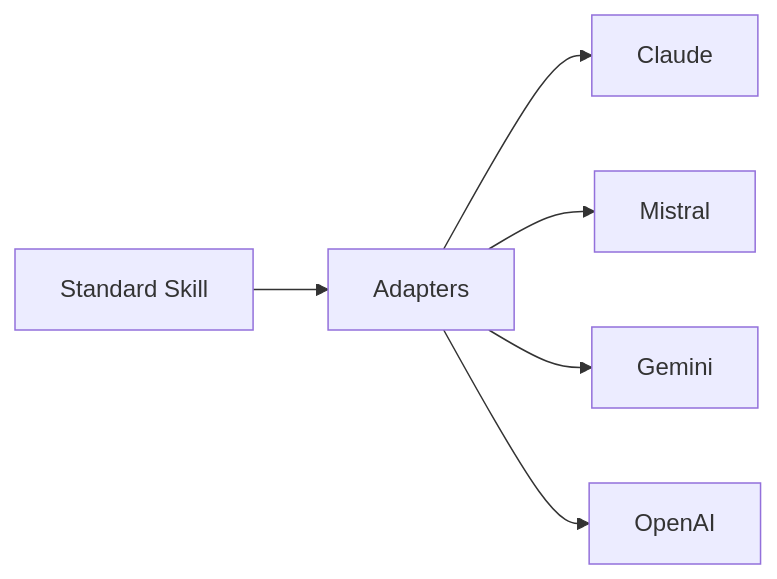
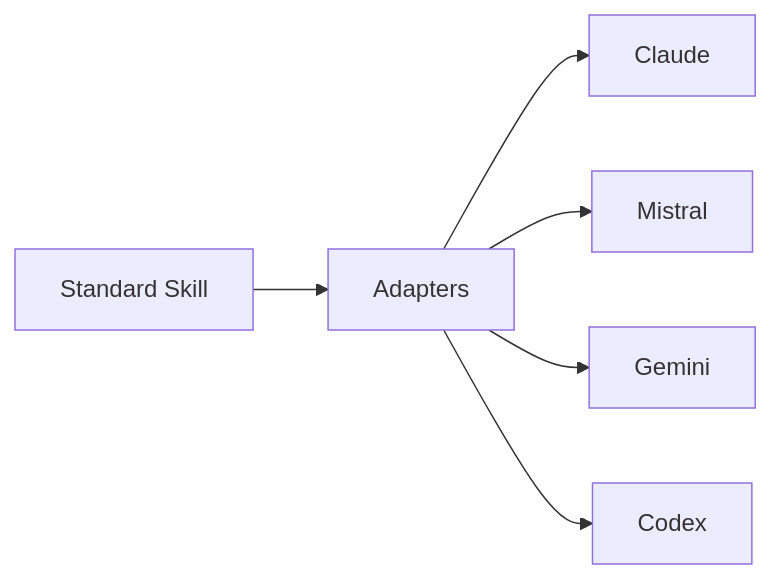
One commit to mariusbu/general-dev-skills changed the diagram in README.md. Above: the diagram before and after it, drawn with Mermaid. The commit also changed other lines of this file, not shown here.

````diff
--- a/README.md
+++ b/README.md
@@ -15,8 +15,8 @@
 ```mermaid
 graph LR
     A[Standard Skill] --> B[Adapters]
     B --> C[Claude]
     B --> D[Mistral]
     B --> E[Gemini]
-    B --> F[OpenAI]
+    B --> F[Codex]
 ```
````
